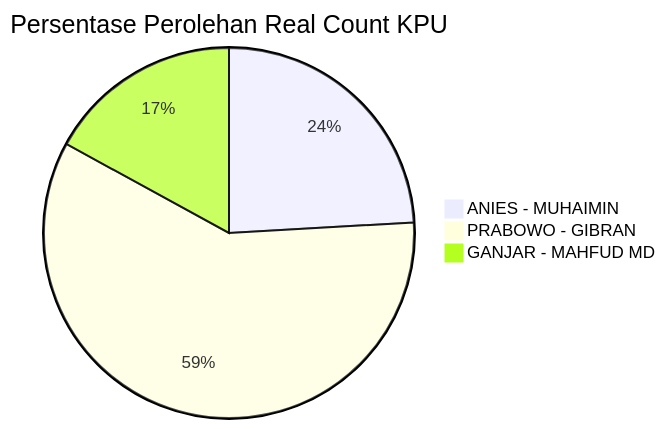
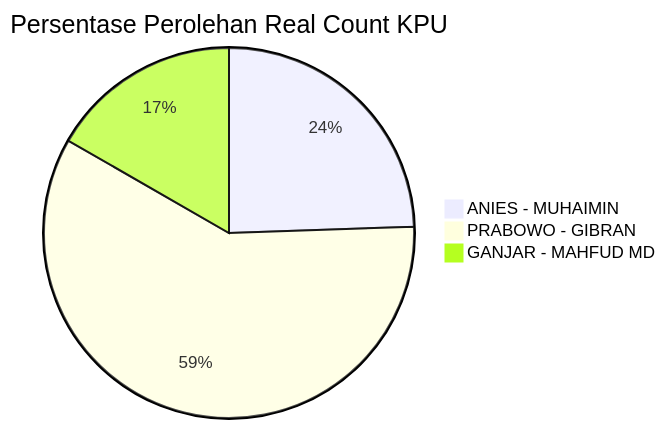
The diagram in README.md (ptdede/github-workflow-playground), drawn with Mermaid before and after one commit. The commit also changed other lines of this file, not shown here.

Commit message:
chore(KPU): Gather new pilpres data

````diff
--- a/README.md
+++ b/README.md
@@ -4,6 +4,6 @@
 ```mermaid
 pie title Persentase Perolehan Real Count KPU
-    "ANIES - MUHAIMIN" : 25974742
-    "PRABOWO - GIBRAN" : 63480726
-    "GANJAR - MAHFUD MD" : 18355601
+    "ANIES - MUHAIMIN" : 31183429
+    "PRABOWO - GIBRAN" : 75019083
+    "GANJAR - MAHFUD MD" : 21291450
 ```
````
